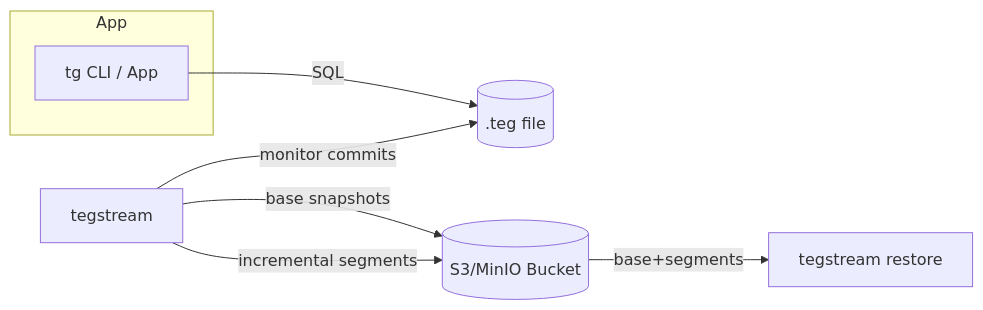
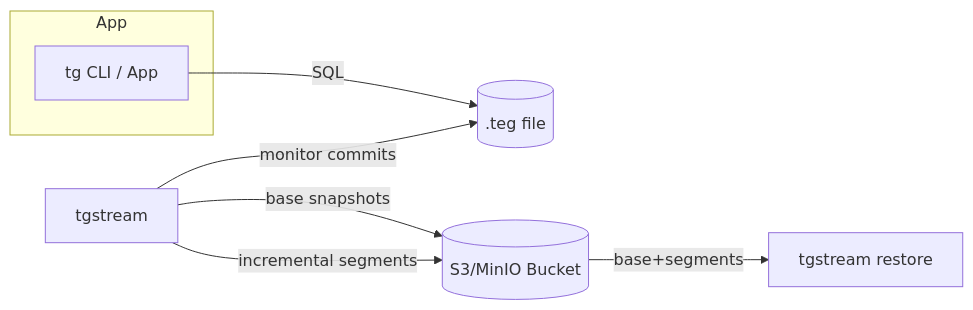
The first of 2 diagrams in README.md (minifish-org/tegdb), drawn with Mermaid before and after one commit. The commit also changed other lines of this file and 15 other files, not shown here.

Commit message:
Rename tegstream to tgstream

````diff
--- a/README.md
+++ b/README.md
@@ -413,15 +413,15 @@
 ```mermaid
 flowchart LR
     subgraph App
         TG[tg CLI / App]
     end
     DB[(.teg file)]
-    TS[tegstream]
+    TS[tgstream]
     S3[(S3/MinIO Bucket)]
 
     TG -- SQL --> DB
     TS -- monitor commits --> DB
     TS -- base snapshots --> S3
     TS -- incremental segments --> S3
-    S3 -- base+segments --> Restore[tegstream restore]
+    S3 -- base+segments --> Restore[tgstream restore]
 ```
````
